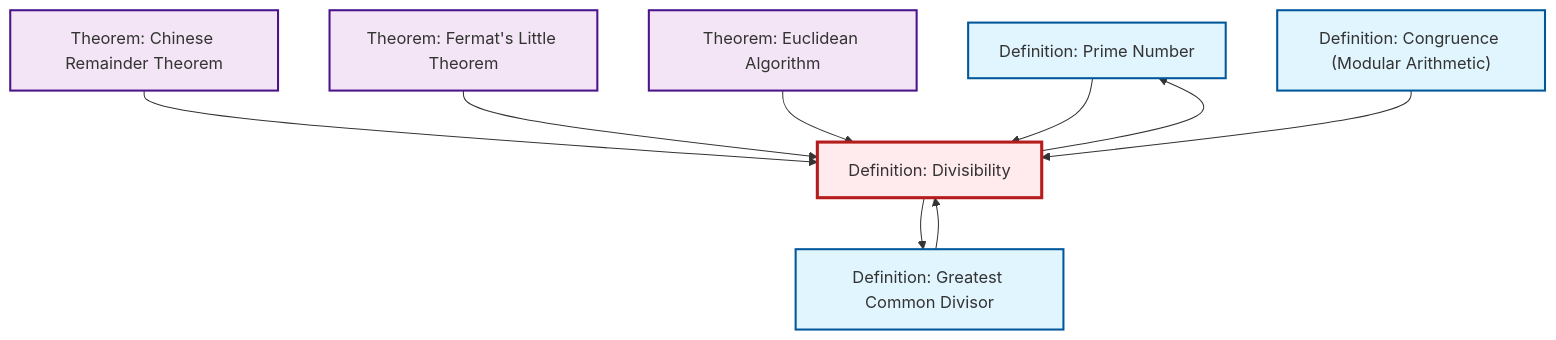
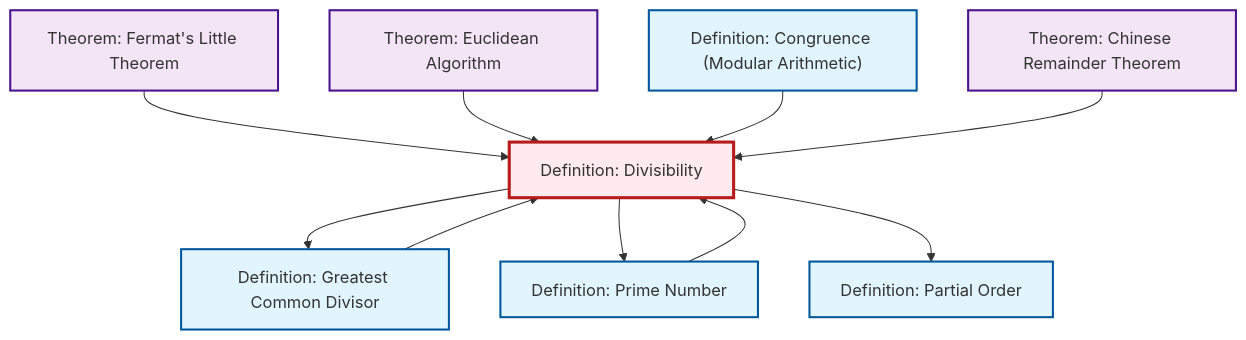
One commit to RK0429/ModernMath changed the diagram in content/en/number-theory/def-divisibility.qmd. Above: the diagram before and after it, drawn with Mermaid. The commit also changed 581 other files, not shown here.

````diff
--- a/content/en/number-theory/def-divisibility.qmd
+++ b/content/en/number-theory/def-divisibility.qmd
@@ -88,31 +88,34 @@
 ```{mermaid}
 %%| fig-cap: "Local dependency graph"
 graph TD
     classDef definition fill:#e1f5fe,stroke:#01579b,stroke-width:2px
     classDef theorem fill:#f3e5f5,stroke:#4a148c,stroke-width:2px
     classDef axiom fill:#fff3e0,stroke:#e65100,stroke-width:2px
     classDef example fill:#e8f5e9,stroke:#1b5e20,stroke-width:2px
     classDef current fill:#ffebee,stroke:#b71c1c,stroke-width:3px
+    def-divisibility["Definition: Divisibility"]:::definition
+    thm-euclidean-algorithm["Theorem: Euclidean Algorithm"]:::theorem
+    thm-chinese-remainder["Theorem: Chinese Remainder Theorem"]:::theorem
     def-prime["Definition: Prime Number"]:::definition
-    thm-chinese-remainder["Theorem: Chinese Remainder Theorem"]:::theorem
-    def-divisibility["Definition: Divisibility"]:::definition
+    def-partial-order["Definition: Partial Order"]:::definition
+    def-congruence["Definition: Congruence (Modular Arithmetic)"]:::definition
+    def-gcd["Definition: Greatest Common Divisor"]:::definition
     thm-fermat-little["Theorem: Fermat's Little Theorem"]:::theorem
-    def-congruence["Definition: Congruence (Modular Arithmetic)"]:::definition
-    thm-euclidean-algorithm["Theorem: Euclidean Algorithm"]:::theorem
-    def-gcd["Definition: Greatest Common Divisor"]:::definition
-    thm-chinese-remainder --> def-divisibility
+    def-divisibility --> def-gcd
+    def-divisibility --> def-prime
+    thm-fermat-little --> def-divisibility
     def-gcd --> def-divisibility
-    def-divisibility --> def-gcd
-    thm-fermat-little --> def-divisibility
     def-prime --> def-divisibility
     thm-euclidean-algorithm --> def-divisibility
+    def-divisibility --> def-partial-order
     def-congruence --> def-divisibility
-    def-divisibility --> def-prime
+    thm-chinese-remainder --> def-divisibility
     class def-divisibility current
+    click thm-euclidean-algorithm "thm-euclidean-algorithm.html" "Go to Euclidean Algorithm theorem"
+    click thm-chinese-remainder "thm-chinese-remainder.html" "Go to Chinese Remainder Theorem theorem"
     click def-prime "def-prime.html" "Go to Prime Number definition"
-    click thm-chinese-remainder "thm-chinese-remainder.html" "Go to Chinese Remainder Theorem theorem"
+    click def-partial-order "def-partial-order.html" "Go to Partial Order definition"
+    click def-congruence "def-congruence.html" "Go to Congruence (Modular Arithmetic) definition"
+    click def-gcd "def-gcd.html" "Go to Greatest Common Divisor definition"
     click thm-fermat-little "thm-fermat-little.html" "Go to Fermat's Little Theorem theorem"
-    click def-congruence "def-congruence.html" "Go to Congruence (Modular Arithmetic) definition"
-    click thm-euclidean-algorithm "thm-euclidean-algorithm.html" "Go to Euclidean Algorithm theorem"
-    click def-gcd "def-gcd.html" "Go to Greatest Common Divisor definition"
 ```
````
